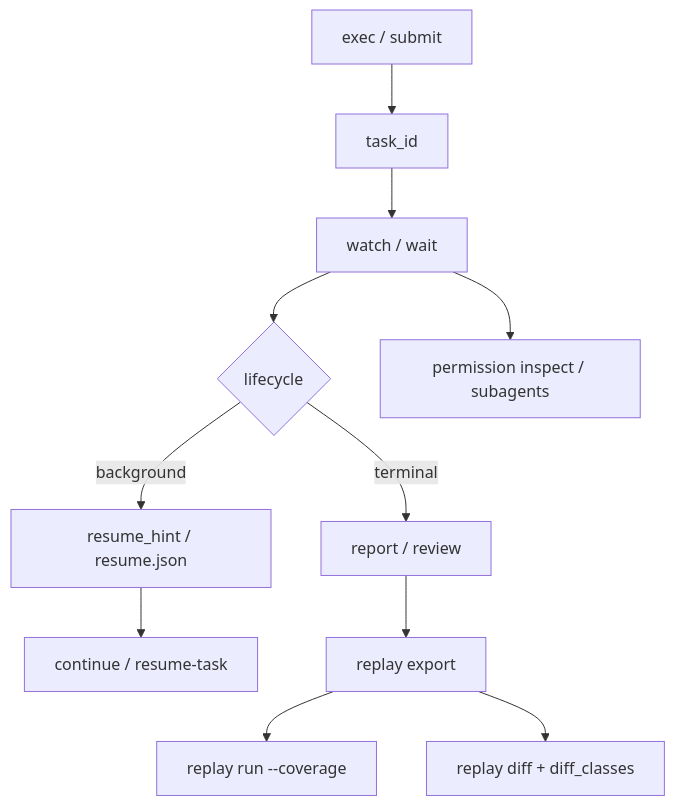
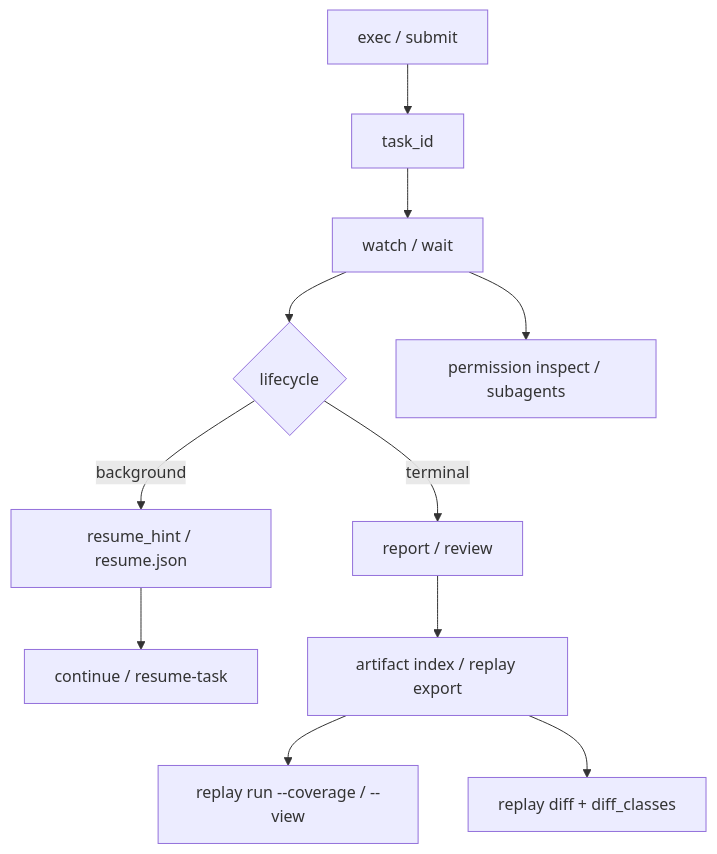
The diagram in docs/clawcli_exec_replay.md (MatrixCoreX/RustClaw), drawn with Mermaid before and after one commit. The commit also changed other lines of this file and 2 other files, not shown here.

````diff
--- a/docs/clawcli_exec_replay.md
+++ b/docs/clawcli_exec_replay.md
@@ -238,13 +249,13 @@
 ```mermaid
 flowchart TD
     A[exec / submit] --> B[task_id]
     B --> C[watch / wait]
     C --> D{lifecycle}
     D -->|terminal| E[report / review]
     D -->|background| F[resume_hint / resume.json]
     F --> G[continue / resume-task]
-    E --> H[replay export]
-    H --> I[replay run --coverage]
+    E --> H[artifact index / replay export]
+    H --> I[replay run --coverage / --view]
     H --> J[replay diff + diff_classes]
     C --> K[permission inspect / subagents]
 ```
````
